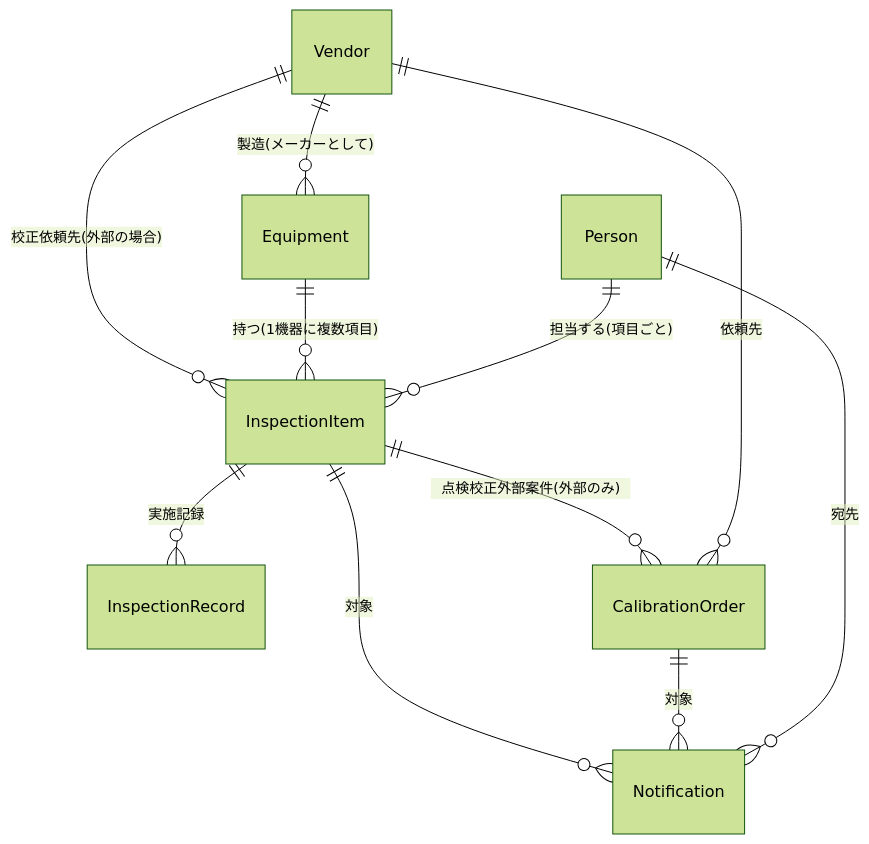
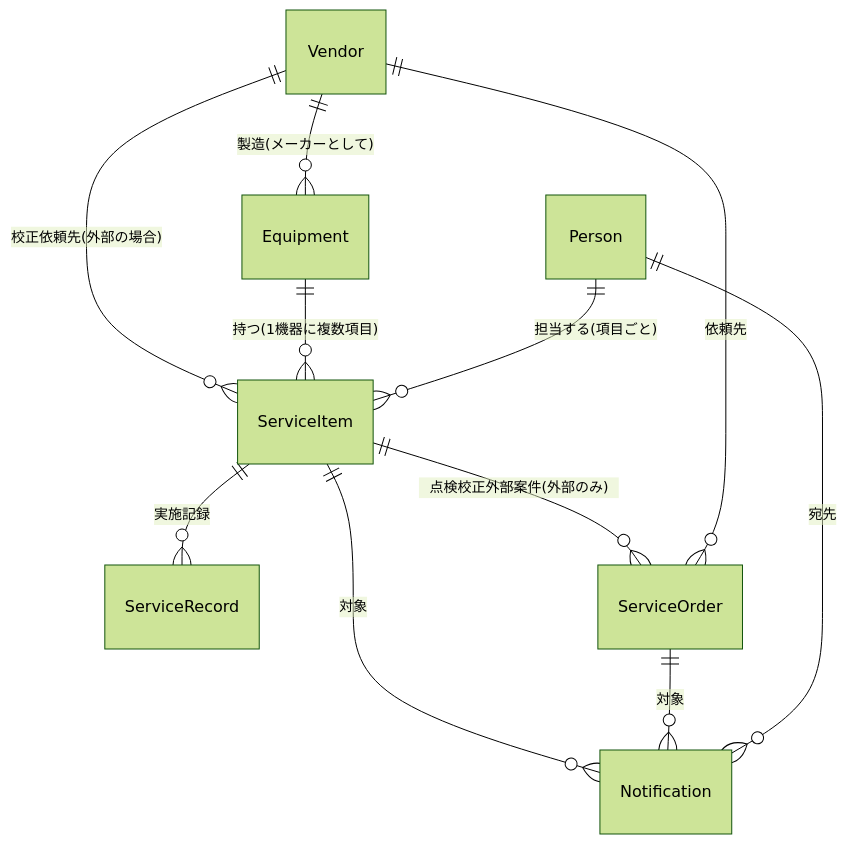
One commit to KyoheiTashiro/calibration-manager changed the diagram in docs/spec/domain-model.md. Above: the diagram before and after it, drawn with Mermaid (forest theme). The commit also changed other lines of this file and 153 other files, not shown here.

Commit message:
rename Inspection*/Calibration* entities to Service* (D-045)

````diff
--- a/docs/spec/domain-model.md
+++ b/docs/spec/domain-model.md
@@ -25,13 +27,13 @@
 ```mermaid
 erDiagram
     Vendor ||--o{ Equipment : "製造(メーカーとして)"
-    Vendor ||--o{ InspectionItem : "校正依頼先(外部の場合)"
-    Equipment ||--o{ InspectionItem : "持つ(1機器に複数項目)"
-    Person ||--o{ InspectionItem : "担当する(項目ごと)"
-    InspectionItem ||--o{ InspectionRecord : "実施記録"
-    InspectionItem ||--o{ CalibrationOrder : "点検校正外部案件(外部のみ)"
-    Vendor ||--o{ CalibrationOrder : "依頼先"
-    InspectionItem ||--o{ Notification : "対象"
-    CalibrationOrder ||--o{ Notification : "対象"
+    Vendor ||--o{ ServiceItem : "校正依頼先(外部の場合)"
+    Equipment ||--o{ ServiceItem : "持つ(1機器に複数項目)"
+    Person ||--o{ ServiceItem : "担当する(項目ごと)"
+    ServiceItem ||--o{ ServiceRecord : "実施記録"
+    ServiceItem ||--o{ ServiceOrder : "点検校正外部案件(外部のみ)"
+    Vendor ||--o{ ServiceOrder : "依頼先"
+    ServiceItem ||--o{ Notification : "対象"
+    ServiceOrder ||--o{ Notification : "対象"
     Person ||--o{ Notification : "宛先"
 ```
````
